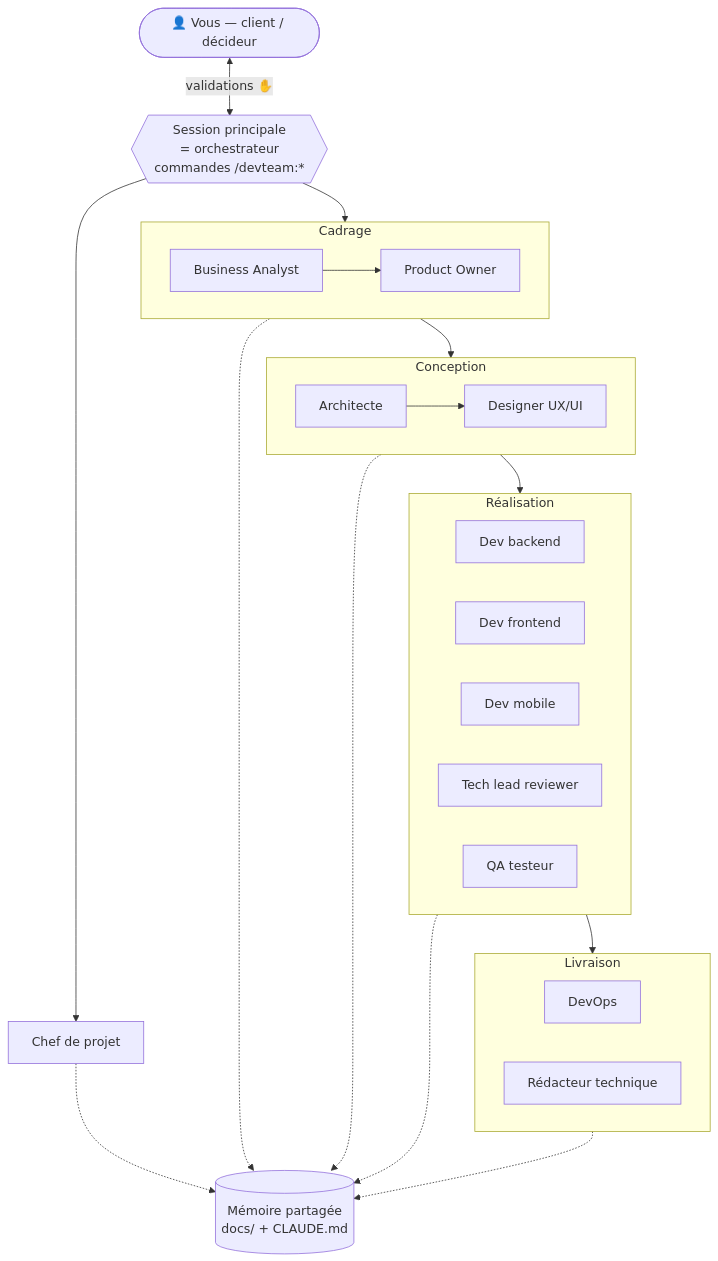
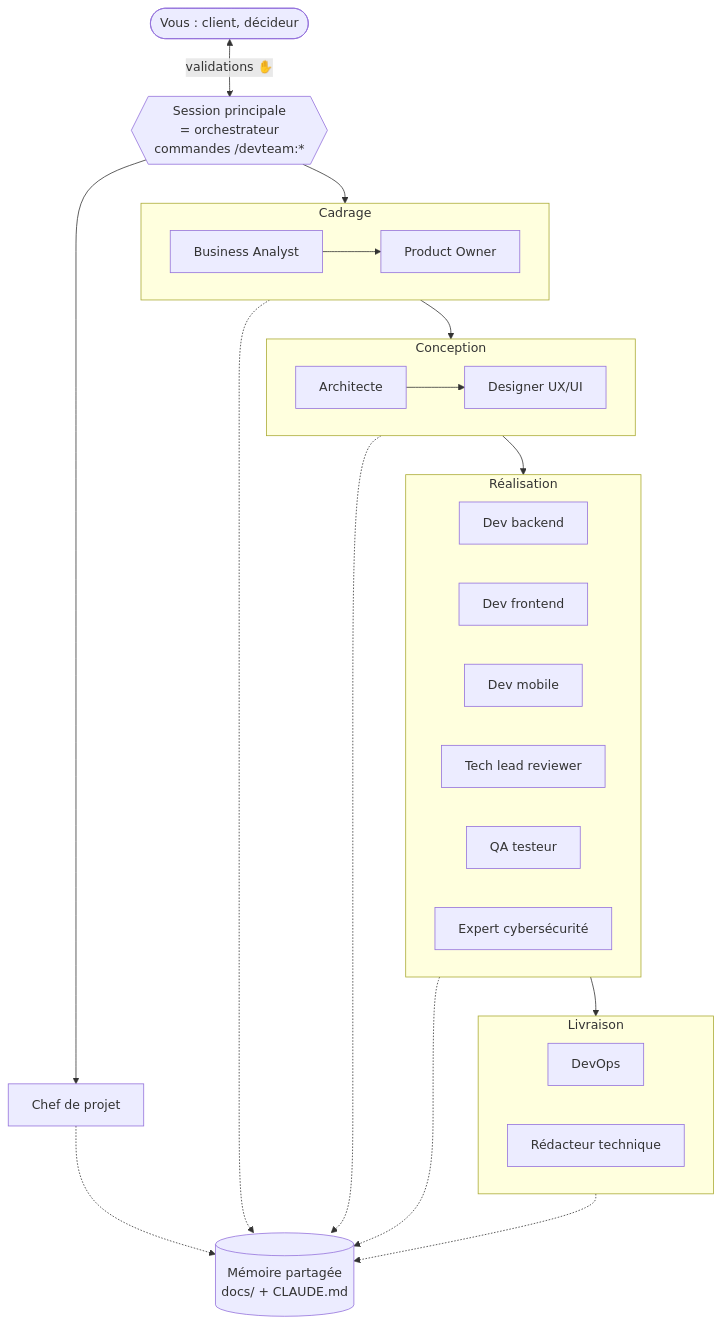
The first of 2 diagrams in README.md (PeterATATI16/DevTeam), drawn with Mermaid before and after one commit. The commit also changed other lines of this file and 48 other files, not shown here.

First line of the commit message:
Ajout des standards de code, de l'expert cybersécurité et du style d'équipe

````diff
--- a/README.md
+++ b/README.md
@@ -14,34 +14,35 @@
 ```mermaid
 flowchart TB
-  U([👤 Vous — client / décideur])
+  U([Vous : client, décideur])
   O{{Session principale<br/>= orchestrateur<br/>commandes /devteam:*}}
   U <-->|validations ✋| O
 
   subgraph Cadrage
     BA[Business Analyst] --> PO[Product Owner]
   end
   subgraph Conception
     AR[Architecte] --> UX[Designer UX/UI]
   end
   subgraph Réalisation
     DB[Dev backend]
     DF[Dev frontend]
     DM[Dev mobile]
     TL[Tech lead reviewer]
     QA[QA testeur]
+    SEC[Expert cybersécurité]
   end
   subgraph Livraison
     DO[DevOps]
     RT[Rédacteur technique]
   end
   CP[Chef de projet]
 
   O --> Cadrage --> Conception --> Réalisation --> Livraison
   O --> CP
   M[(Mémoire partagée<br/>docs/ + CLAUDE.md)]
   Cadrage -.-> M
   Conception -.-> M
   Réalisation -.-> M
   Livraison -.-> M
   CP -.-> M
 ```
````
